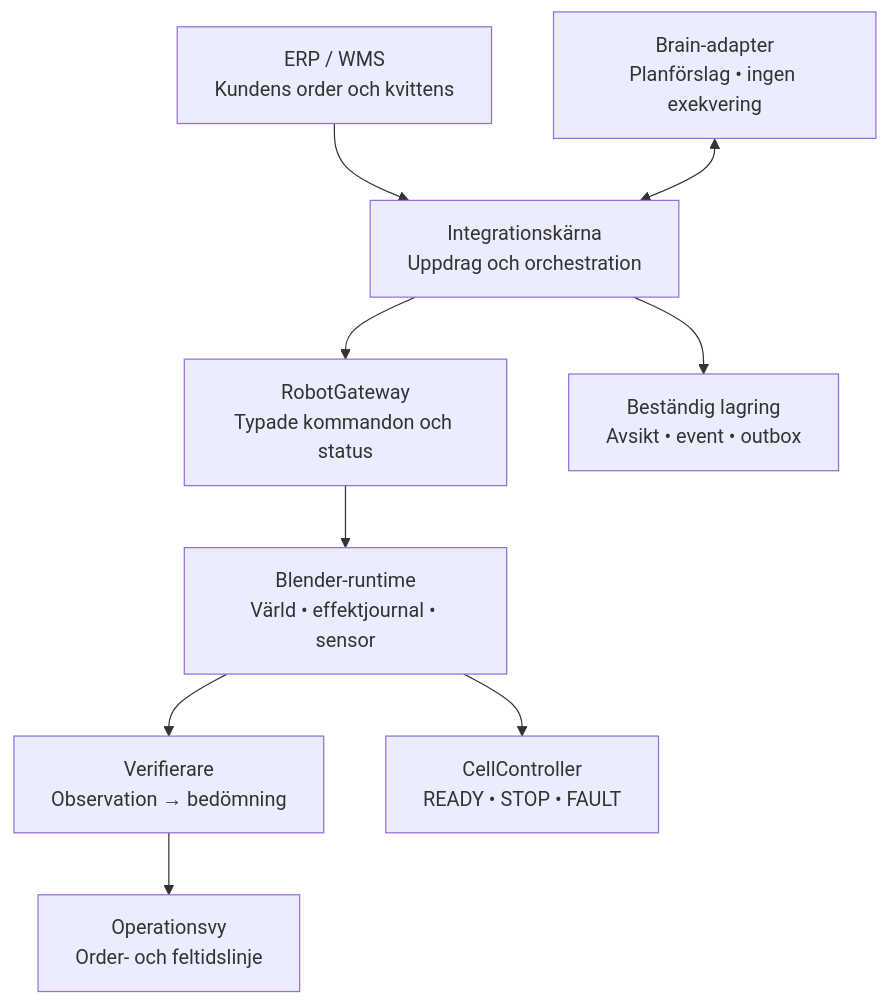
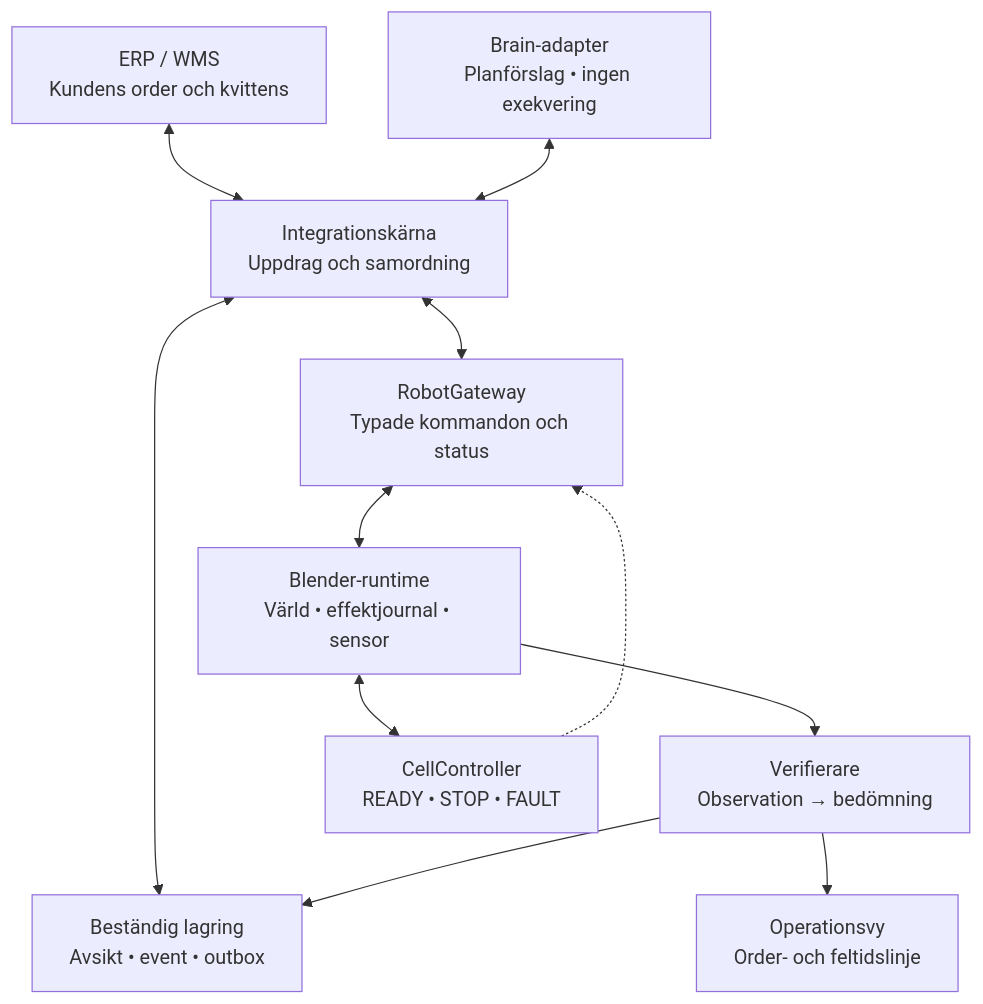
The diagram in sources/diagrams/architecture.mmd (raal1600/SICS-RobotOps-Twin-E2E-Warehouse-Robotics-Integration-Simulator), drawn with Mermaid before and after one commit. The commit also changed 11 other files, not shown here.

```diff
--- a/sources/diagrams/architecture.mmd
+++ b/sources/diagrams/architecture.mmd
@@ -1,18 +1,20 @@
 flowchart TD
   erp["ERP / WMS<br/>Kundens order och kvittens"]
-  core["Integrationskärna<br/>Uppdrag och orchestration"]
+  core["Integrationskärna<br/>Uppdrag och samordning"]
   gateway["RobotGateway<br/>Typade kommandon och status"]
   brain["Brain-adapter<br/>Planförslag • ingen exekvering"]
   db["Beständig lagring<br/>Avsikt • event • outbox"]
   world["Blender-runtime<br/>Värld • effektjournal • sensor"]
   monitor["Operationsvy<br/>Order- och feltidslinje"]
   verify["Verifierare<br/>Observation → bedömning"]
   cell["CellController<br/>READY • STOP • FAULT"]
-  erp --> core
-  core --> gateway
-  core --> db
-  gateway --> world
-  world --> cell
+  erp <--> core
+  core <--> gateway
+  core <--> db
+  gateway <--> world
+  world <--> cell
   world --> verify
+  verify --> db
   verify --> monitor
   brain <--> core
+  cell -.-> gateway
```
